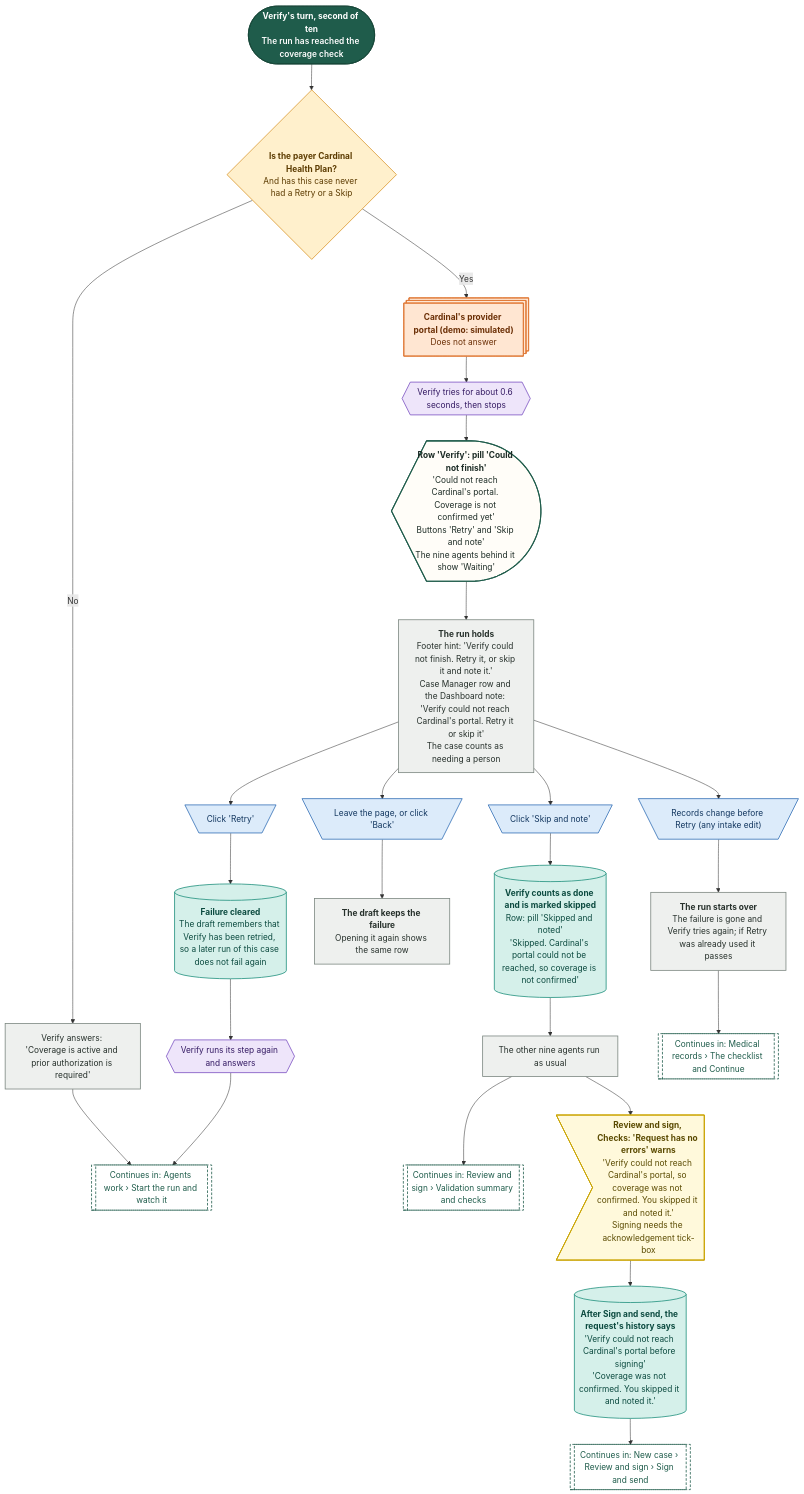
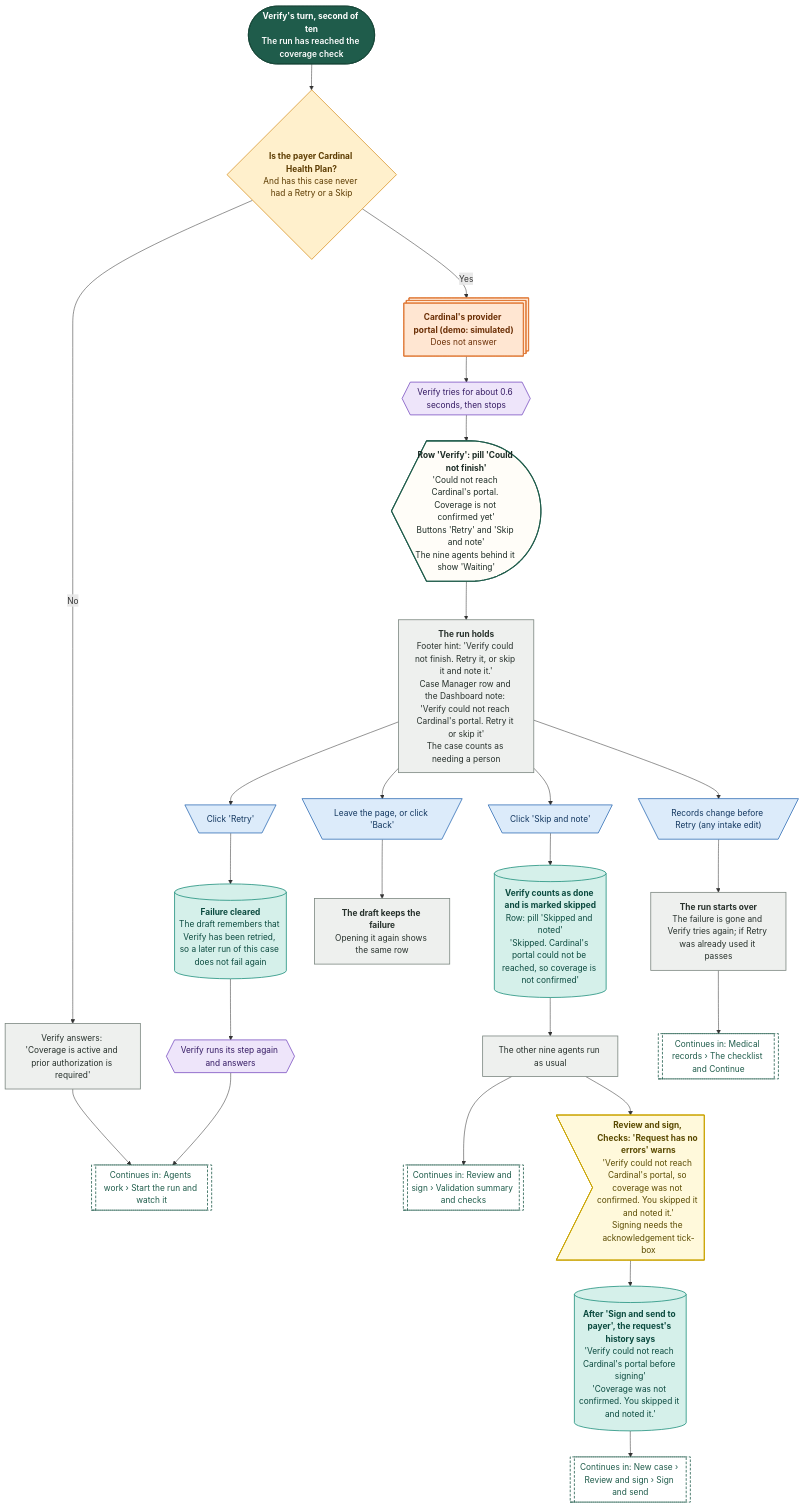
Before and after one commit to Shrav143/psyfloapp: diagram 35 of 37 in demos/prior-auth-demo/workflows/out/md/04-new-case.md, drawn with Mermaid. The commit also changed other lines of this file and 192 other files, not shown here.

First line of the commit message:
docs: changelog by sidebar tab; README, diagrams and Settings layout aligned with the refinement; shared InfoTip; referral cost-share line

````diff
--- a/demos/prior-auth-demo/workflows/out/md/04-new-case.md
+++ b/demos/prior-auth-demo/workflows/out/md/04-new-case.md
@@ -3148,61 +3153,61 @@
 ```mermaid
 %%{init: {"theme":"base","themeVariables":{"fontFamily":"'DM Sans', 'Segoe UI', system-ui, sans-serif","fontSize":"15px","lineColor":"#5B6B63","primaryTextColor":"#1C2B25","clusterBkg":"#FBF8F3","clusterBorder":"#D9CDBB","edgeLabelBackground":"#FFFFFF"},"flowchart":{"curve":"basis","nodeSpacing":36,"rankSpacing":48,"padding":12,"htmlLabels":true,"useMaxWidth":false,"wrappingWidth":230}} }%%
 flowchart TD
   classDef k_start fill:#1F5C4B,stroke:#174638,color:#FFFFFF,stroke-width:1.5px,font-weight:600
   classDef k_end fill:#DDEFE3,stroke:#2E7D4F,color:#14502F,stroke-width:1.5px,font-weight:600
   classDef k_endx fill:#FBE3E0,stroke:#C0392B,color:#7A1F16,stroke-width:1.5px,font-weight:600
   classDef k_screen fill:#FFFDF8,stroke:#1F5C4B,color:#1C2B25,stroke-width:2px
   classDef k_overlay fill:#F1F7F3,stroke:#1F5C4B,color:#1C2B25,stroke-width:2px,stroke-dasharray:5 3
   classDef k_click fill:#DCEBFA,stroke:#2F6DB5,color:#12365F,stroke-width:1.5px
   classDef k_input fill:#E4E7FF,stroke:#4C5FD5,color:#1D2670,stroke-width:1.5px
   classDef k_process fill:#EEF0EE,stroke:#7A857F,color:#26302B,stroke-width:1.5px
   classDef k_agent fill:#EEE5FA,stroke:#7A4FC2,color:#341A63,stroke-width:1.5px
   classDef k_decision fill:#FFF0CC,stroke:#D9962B,color:#5C3B00,stroke-width:1.5px
   classDef k_store fill:#D5F0EA,stroke:#1C8E7B,color:#0B4A3F,stroke-width:1.5px
   classDef k_doc fill:#F6E9DC,stroke:#B07A4C,color:#4A2E14,stroke-width:1.5px
   classDef k_ext fill:#FFE6D2,stroke:#E07B39,color:#6B2F06,stroke-width:1.5px
   classDef k_wait fill:#E4E8EE,stroke:#6B7C93,color:#26303D,stroke-width:1.5px
   classDef k_toast fill:#FFF9DB,stroke:#C9A400,color:#5A4A00,stroke-width:1.5px
   classDef k_goto fill:#FFFFFF,stroke:#1F5C4B,color:#1F5C4B,stroke-width:1.5px,stroke-dasharray:5 3
   s1@{ shape: stadium, label: "<b>Verify's turn, second of ten</b><br/>The run has reached the coverage check" }
   dPay@{ shape: diam, label: "<b>Is the payer Cardinal Health Plan?</b><br/>And has this case never had a Retry or a Skip" }
   pOk@{ shape: rect, label: "Verify answers: 'Coverage is active and prior authorization is required'" }
   xPortal@{ shape: st-rect, label: "<b>Cardinal's provider portal (demo: simulated)</b><br/>Does not answer" }
   aV@{ shape: hex, label: "Verify tries for about 0.6 seconds, then stops" }
   sFail@{ shape: curv-trap, label: "<b>Row 'Verify': pill 'Could not finish'</b><br/>'Could not reach Cardinal's portal. Coverage is not confirmed yet'<br/>Buttons 'Retry' and 'Skip and note'<br/>The nine agents behind it show 'Waiting'" }
   pHold@{ shape: rect, label: "<b>The run holds</b><br/>Footer hint: 'Verify could not finish. Retry it, or skip it and note it.'<br/>Case Manager row and the Dashboard note: 'Verify could not reach Cardinal's portal. Retry it or skip it'<br/>The case counts as needing a person" }
   cRetry@{ shape: trap-t, label: "Click 'Retry'" }
   stRetry@{ shape: cyl, label: "<b>Failure cleared</b><br/>The draft remembers that Verify has been retried, so a later run of this case does not fail again" }
   aV2@{ shape: hex, label: "Verify runs its step again and answers" }
   gRun@{ shape: subproc, label: "Continues in: Agents work › Start the run and watch it" }
   cSkip@{ shape: trap-t, label: "Click 'Skip and note'" }
   stSkip@{ shape: cyl, label: "<b>Verify counts as done and is marked skipped</b><br/>Row: pill 'Skipped and noted'<br/>'Skipped. Cardinal's portal could not be reached, so coverage is not confirmed'" }
   pAfter@{ shape: rect, label: "The other nine agents run as usual" }
   gReview@{ shape: subproc, label: "Continues in: Review and sign › Validation summary and checks" }
   tWarn@{ shape: odd, label: "<b>Review and sign, Checks: 'Request has no errors' warns</b><br/>'Verify could not reach Cardinal's portal, so coverage was not confirmed. You skipped it and noted it.'<br/>Signing needs the acknowledgement tick-box" }
-  stNote@{ shape: cyl, label: "<b>After Sign and send, the request's history says</b><br/>'Verify could not reach Cardinal's portal before signing'<br/>'Coverage was not confirmed. You skipped it and noted it.'" }
+  stNote@{ shape: cyl, label: "<b>After 'Sign and send to payer', the request's history says</b><br/>'Verify could not reach Cardinal's portal before signing'<br/>'Coverage was not confirmed. You skipped it and noted it.'" }
   gSign@{ shape: subproc, label: "Continues in: New case › Review and sign › Sign and send" }
   cLeave@{ shape: trap-t, label: "Leave the page, or click 'Back'" }
   pStay@{ shape: rect, label: "<b>The draft keeps the failure</b><br/>Opening it again shows the same row" }
   cOther@{ shape: trap-t, label: "Records change before Retry (any intake edit)" }
   pReset@{ shape: rect, label: "<b>The run starts over</b><br/>The failure is gone and Verify tries again; if Retry was already used it passes" }
   gRec@{ shape: subproc, label: "Continues in: Medical records › The checklist and Continue" }
   s1 --> dPay
   dPay -->|"No"| pOk --> gRun
   dPay -->|"Yes"| xPortal --> aV --> sFail --> pHold
   pHold --> cRetry --> stRetry --> aV2 --> gRun
   pHold --> cSkip --> stSkip --> pAfter --> tWarn --> stNote --> gSign
   pAfter --> gReview
   pHold --> cLeave --> pStay
   pHold --> cOther --> pReset --> gRec
   class s1 k_start
   class dPay k_decision
   class pOk,pHold,pAfter,pStay,pReset k_process
   class xPortal k_ext
   class aV,aV2 k_agent
   class sFail k_screen
   class cRetry,cSkip,cLeave,cOther k_click
   class stRetry,stSkip,stNote k_store
   class gRun,gReview,gSign,gRec k_goto
   class tWarn k_toast
 ```
````
